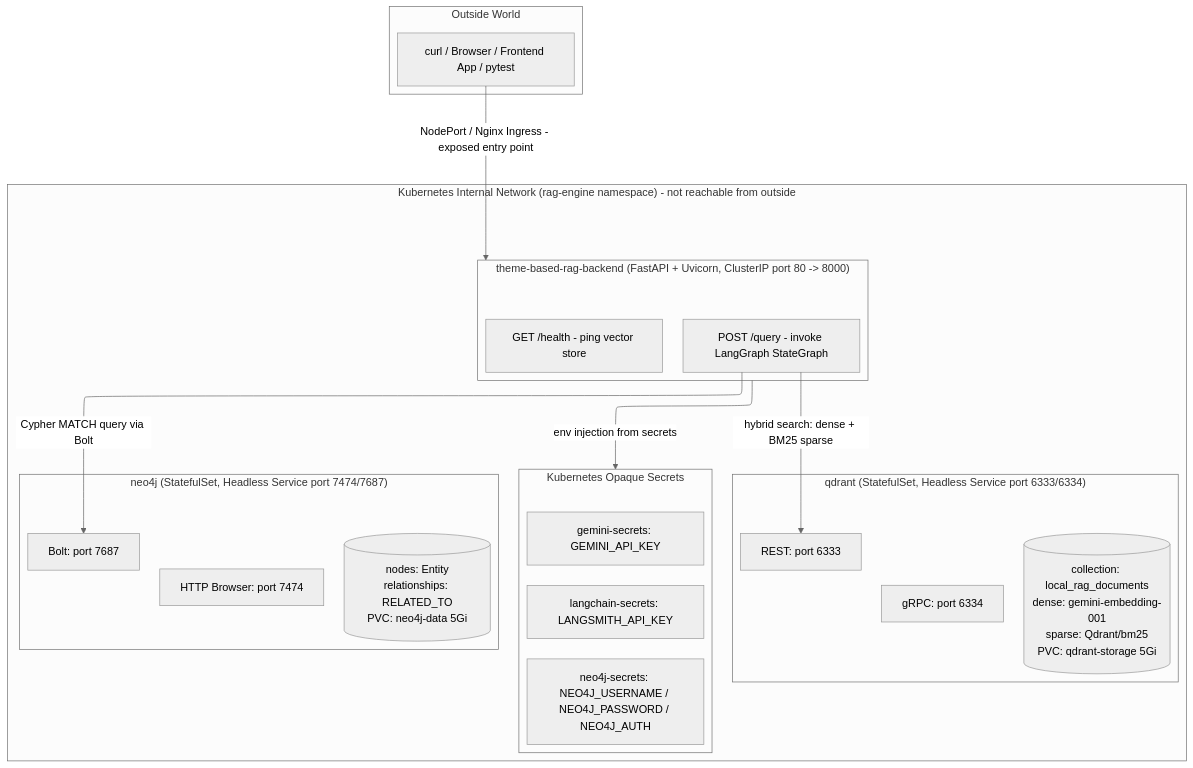
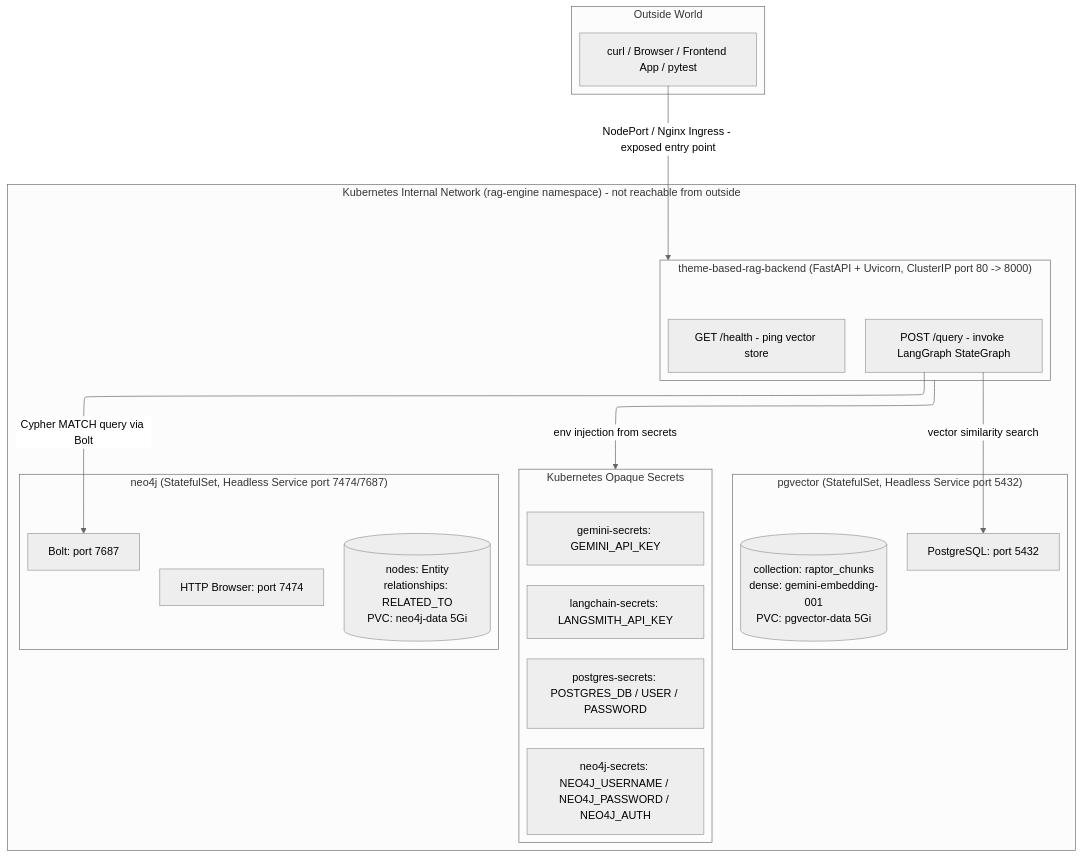
One commit to boycececil666gmailcom/documentation-chatbot changed the fourth of 4 diagrams in README.md. Above: the diagram before and after it, drawn with Mermaid. The commit also changed other lines of this file and 20 other files, not shown here.

````diff
--- a/README.md
+++ b/README.md
@@ -179,48 +180,48 @@
 ```mermaid
 ---
 config:
   layout: elk
   theme: neutral
 ---
 flowchart TB
 
     subgraph Outside["Outside World"]
         ExternalClient["curl / Browser / Frontend App / pytest"]
     end
 
     subgraph Internal["Kubernetes Internal Network (rag-engine namespace) - not reachable from outside"]
 
         subgraph BackendCtr["theme-based-rag-backend (FastAPI + Uvicorn, ClusterIP port 80 -> 8000)"]
             direction TB
             BEQueryH["POST /query - invoke LangGraph StateGraph"]
             BEHealthH["GET /health - ping vector store"]
         end
 
-        subgraph QdrantCtr["qdrant (StatefulSet, Headless Service port 6333/6334)"]
+        subgraph PGVectorCtr["pgvector (StatefulSet, Headless Service port 5432)"]
             direction TB
-            QdrantREST["REST: port 6333"]
-            QdrantGRPC["gRPC: port 6334"]
-            QdrantData[("collection: local_rag_documents<br/>dense: gemini-embedding-001<br/>sparse: Qdrant/bm25<br/>PVC: qdrant-storage 5Gi")]
+            PGVectorPort["PostgreSQL: port 5432"]
+            PGVectorData[("collection: raptor_chunks<br/>dense: gemini-embedding-001<br/>PVC: pgvector-data 5Gi")]
         end
 
         subgraph Neo4jCtr["neo4j (StatefulSet, Headless Service port 7474/7687)"]
             direction TB
             Neo4jBrowserPort["HTTP Browser: port 7474"]
             Neo4jBoltPort["Bolt: port 7687"]
             Neo4jData[("nodes: Entity<br/>relationships: RELATED_TO<br/>PVC: neo4j-data 5Gi")]
         end
 
         subgraph SecretsCtr["Kubernetes Opaque Secrets"]
             direction TB
+            S0["postgres-secrets: POSTGRES_DB / USER / PASSWORD"]
             S1["gemini-secrets: GEMINI_API_KEY"]
             S2["neo4j-secrets: NEO4J_USERNAME / NEO4J_PASSWORD / NEO4J_AUTH"]
             S3["langchain-secrets: LANGSMITH_API_KEY"]
         end
 
     end
 
     ExternalClient -->|"NodePort / Nginx Ingress - exposed entry point"| BackendCtr
-    BEQueryH -->|"hybrid search: dense + BM25 sparse"| QdrantREST
+    BEQueryH -->|"vector similarity search"| PGVectorPort
     BEQueryH -->|"Cypher MATCH query via Bolt"| Neo4jBoltPort
     BackendCtr -->|"env injection from secrets"| SecretsCtr
 ```
````
